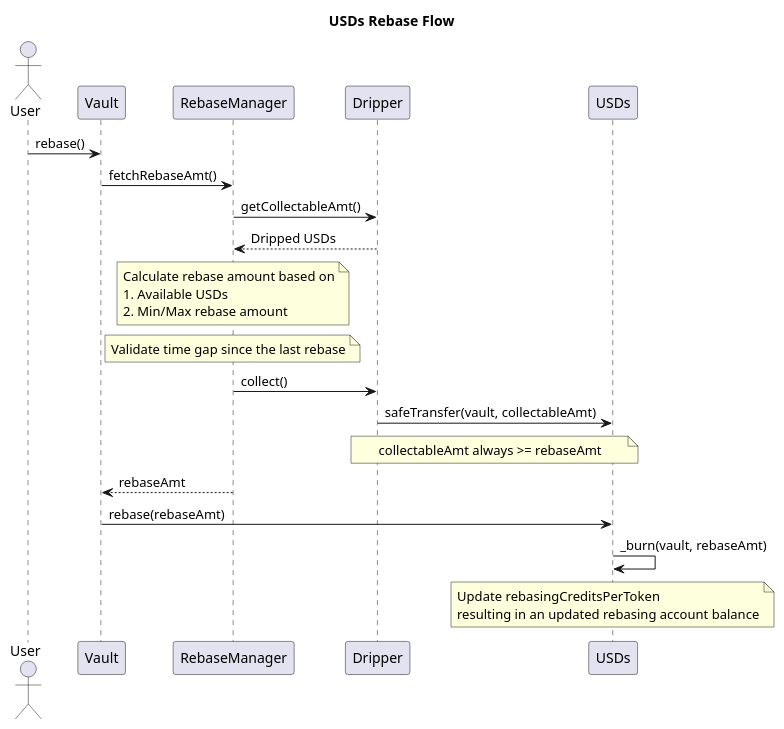
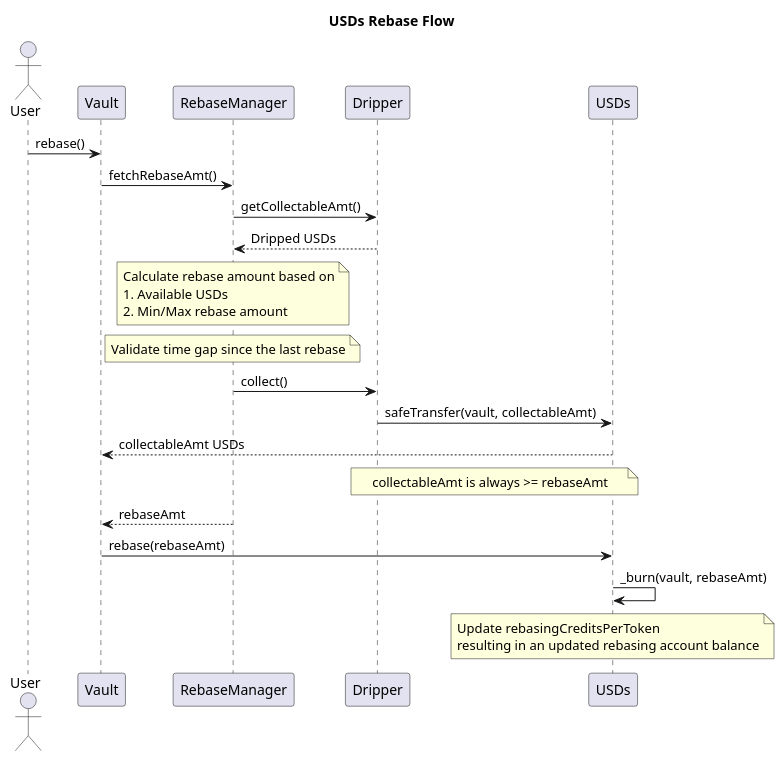
The diagram in docs/arch/sequentialDiagrams/USDsRebaseFlow.pu (Sperax/USDs-v2), drawn with PlantUML before and after one commit. The commit also changed 3 other files, not shown here.

Commit message:
Improve sequential diagrams

```diff
--- a/docs/arch/sequentialDiagrams/USDsRebaseFlow.pu
+++ b/docs/arch/sequentialDiagrams/USDsRebaseFlow.pu
@@ -1,23 +1,24 @@
 @startuml USDs Rebase Flow
 
 title USDs Rebase Flow
 actor User
 participant Vault
 participant RebaseManager
 participant Dripper
 participant USDs
 
 User -> Vault : rebase()
 Vault -> RebaseManager : fetchRebaseAmt()
 RebaseManager -> Dripper : getCollectableAmt()
 Dripper --> RebaseManager : Dripped USDs
 note over RebaseManager : Calculate rebase amount based on\n1. Available USDs\n2. Min/Max rebase amount
 note over RebaseManager : Validate time gap since the last rebase
 RebaseManager -> Dripper : collect()
 Dripper -> USDs : safeTransfer(vault, collectableAmt)
-note over Dripper, USDs : collectableAmt always >= rebaseAmt
+USDs --> Vault : collectableAmt USDs
+note over Dripper, USDs : collectableAmt is always >= rebaseAmt
 RebaseManager --> Vault : rebaseAmt
 Vault -> USDs : rebase(rebaseAmt)
 USDs -> USDs : _burn(vault, rebaseAmt)
 note over USDs : Update rebasingCreditsPerToken\nresulting in an updated rebasing account balance
 @enduml
```
